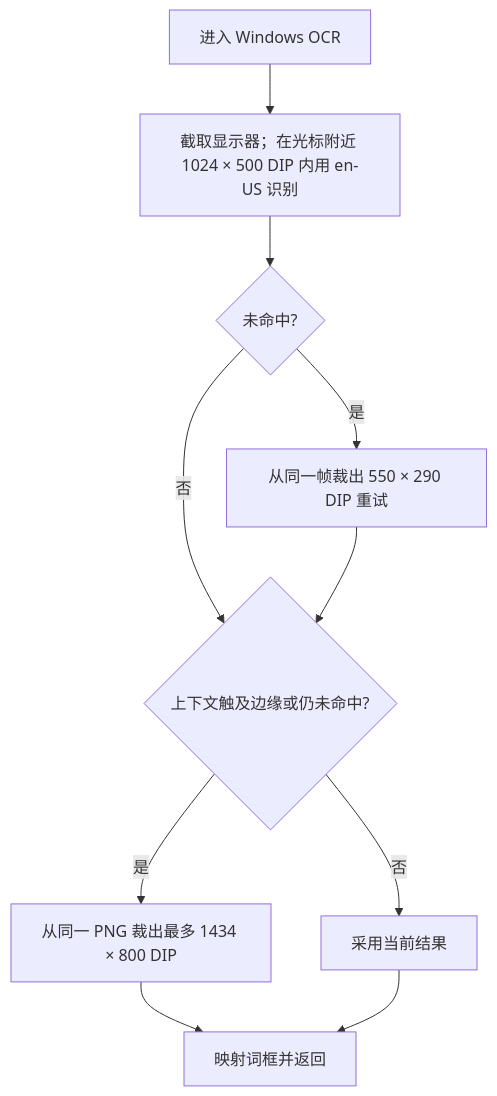
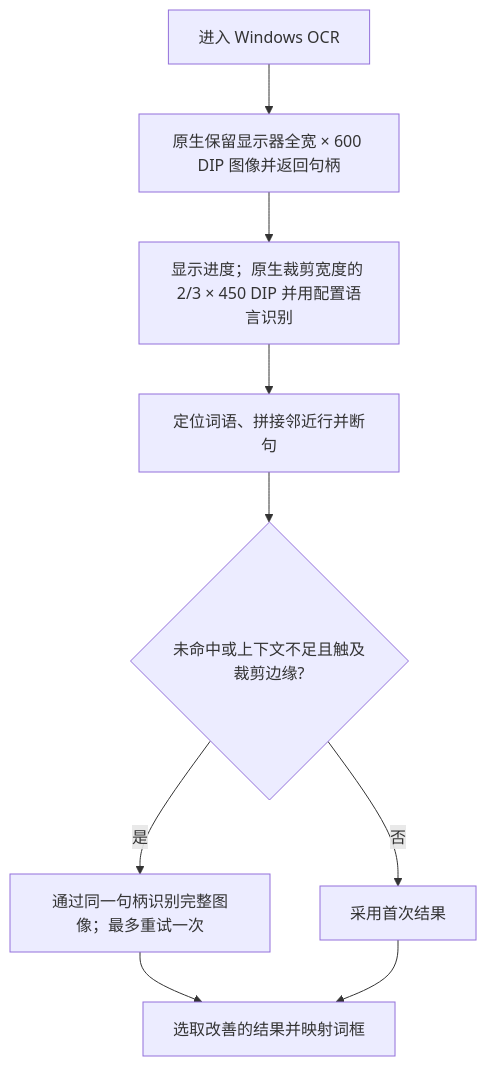
One commit to manxingxing/Dictol changed the fifth of 7 diagrams in docs/hover-and-screenshot-translation-flows.md. Above: the diagram before and after it, drawn with Mermaid. The commit also changed other lines of this file and 54 other files, not shown here.

````diff
--- a/docs/hover-and-screenshot-translation-flows.md
+++ b/docs/hover-and-screenshot-translation-flows.md
@@ -71,12 +73,11 @@
 ```mermaid
 flowchart TD
-    A[进入 Windows OCR] --> B[截取显示器；在光标附近 1024 × 500 DIP 内用 en-US 识别]
-    B --> C{未命中?}
-    C -->|是| D[从同一帧裁出 550 × 290 DIP 重试]
-    C -->|否| E{上下文触及边缘或仍未命中?}
-    D --> E
-    E -->|是| F[从同一 PNG 裁出最多 1434 × 800 DIP]
-    E -->|否| G[采用当前结果]
-    F --> H[映射词框并返回]
+    A[进入 Windows OCR] --> B[原生保留显示器全宽 × 600 DIP 图像并返回句柄]
+    B --> C[显示进度；原生裁剪宽度的 2/3 × 450 DIP 并用配置语言识别]
+    C --> D[定位词语、拼接邻近行并断句]
+    D --> E{未命中或上下文不足且触及裁剪边缘?}
+    E -->|是| F[通过同一句柄识别完整图像；最多重试一次]
+    E -->|否| G[采用首次结果]
+    F --> H[选取改善的结果并映射词框]
     G --> H
 ```
````
